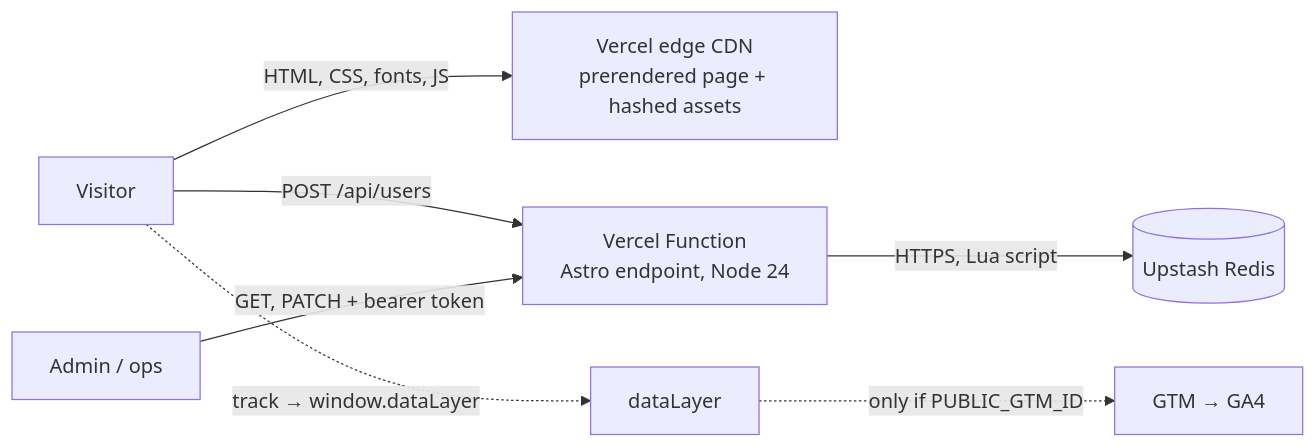
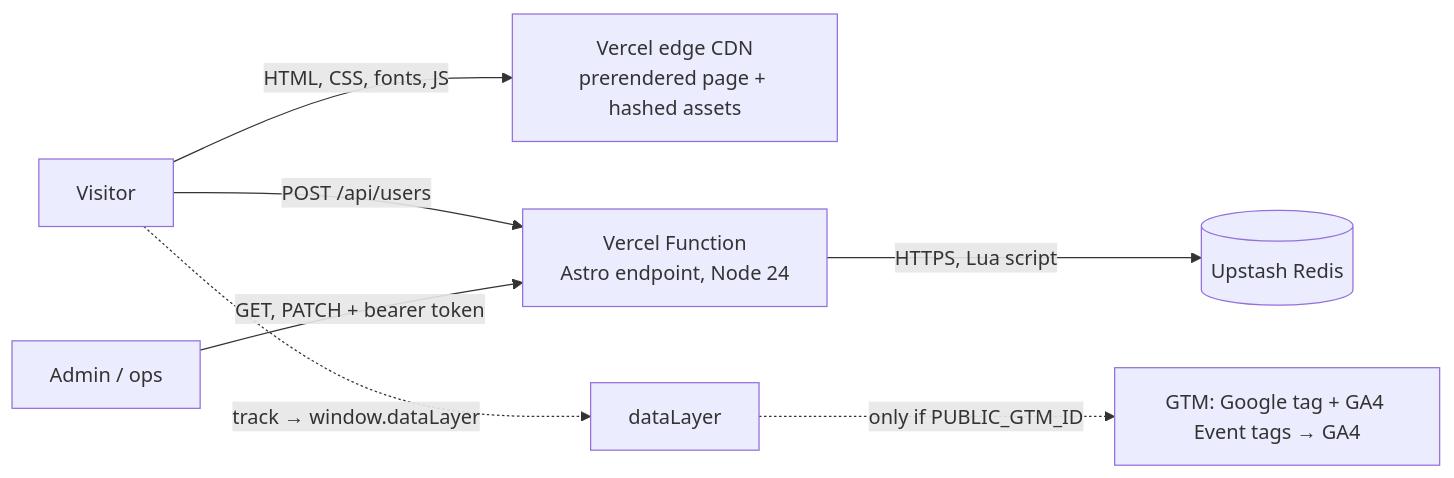
The diagram in docs/ARCHITECTURE.md (xrodriguezb/fx-replay-growth), drawn with Mermaid before and after one commit. The commit also changed 1 other file, not shown here.

Commit message:
docs(analytics): spell out the GTM and GA4 setup the events need
The status note listed only Custom Event triggers, GA4 Event tags and Data Layer
Variables, but the doc also relies on GA4's page_view (the absolute-rate
denominator) and page_location (the URL scrub), which come from the Google tag.
It also described custom dimensions as conversion reporting.

Now: a Google tag with the Measurement ID (page_view, explicit User-ID from
user_id), Custom Event triggers and GA4 Event tags for the six events, Data
Layer Variables for their parameters; sign_up as a key event; custom dimensions
for reason, fields, cta_location and method; UTMs left to GA4's standard
campaign attribution. Still marked not verified. The Architecture line and the
ARCHITECTURE diagram label now name the Google tag and GA4 Event tags.

````diff
--- a/docs/ARCHITECTURE.md
+++ b/docs/ARCHITECTURE.md
@@ -6,9 +6,9 @@
 ```mermaid
 flowchart LR
   V[Visitor] -->|HTML, CSS, fonts, JS| CDN[Vercel edge CDN<br/>prerendered page + hashed assets]
   V -->|POST /api/users| FN[Vercel Function<br/>Astro endpoint, Node 24]
   A[Admin / ops] -->|GET, PATCH + bearer token| FN
   FN -->|HTTPS, Lua script| R[(Upstash Redis)]
   V -.->|track → window.dataLayer| DL[dataLayer]
-  DL -.->|only if PUBLIC_GTM_ID| GTM[GTM → GA4]
+  DL -.->|only if PUBLIC_GTM_ID| GTM["GTM: Google tag + GA4 Event tags → GA4"]
 ```
````
